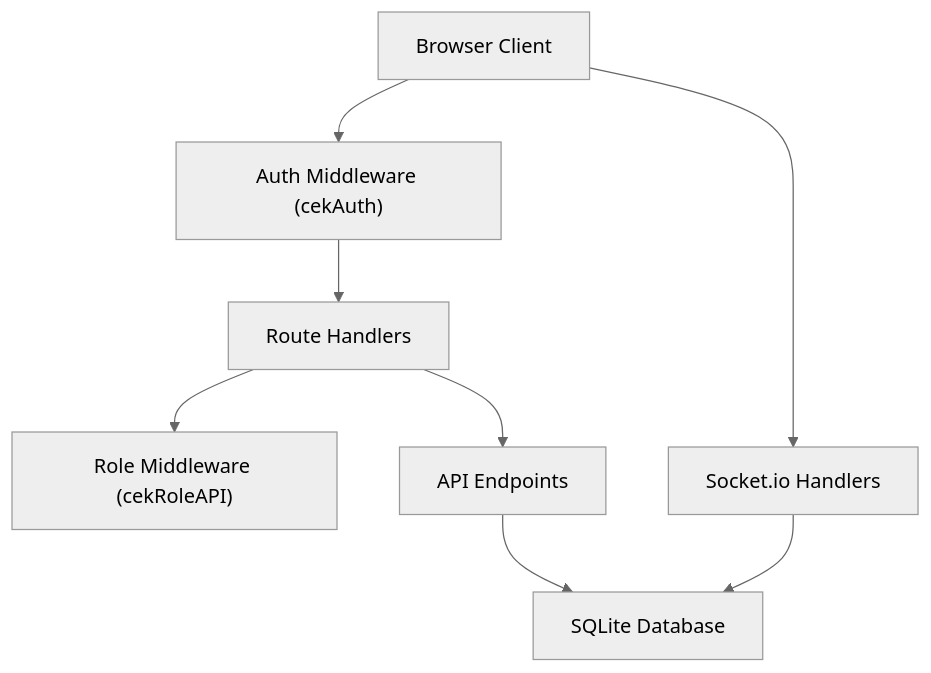
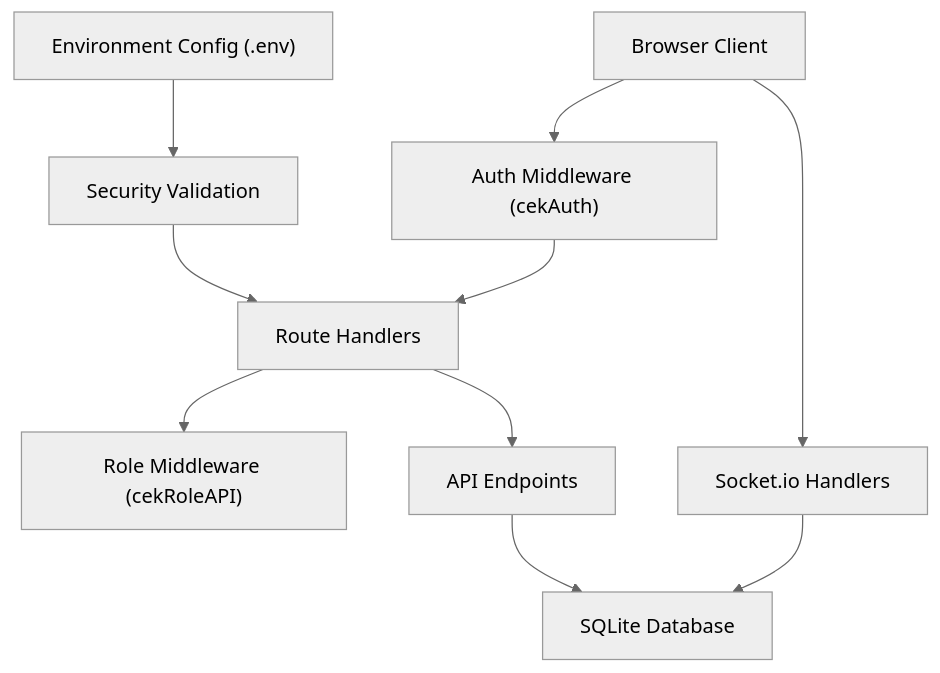
Before and after one commit to rendisiagian/TDS_by_RENDISIAGIAN: the second of 8 diagrams in .qoder/repowiki/en/content/Development Guidelines.md, drawn with Mermaid (neutral theme). The commit also changed other lines of this file and 13 other files, not shown here.

First line of the commit message:
docs(env): enhance environment configuration with .env and security validation

````diff
--- a/.qoder/repowiki/en/content/Development Guidelines.md
+++ b/.qoder/repowiki/en/content/Development Guidelines.md
@@ -111,17 +113,21 @@
 ```mermaid
 graph TB
 Client["Browser Client"]
 AuthMW["Auth Middleware (cekAuth)"]
 RoleMW["Role Middleware (cekRoleAPI)"]
 Routes["Route Handlers"]
 API["API Endpoints"]
 Socket["Socket.io Handlers"]
 DB["SQLite Database"]
+EnvConfig["Environment Config (.env)"]
+Security["Security Validation"]
 Client --> AuthMW
 AuthMW --> Routes
 Routes --> RoleMW
 Routes --> API
 Client --> Socket
 Socket --> DB
 API --> DB
+EnvConfig --> Security
+Security --> Routes
 ```
````
